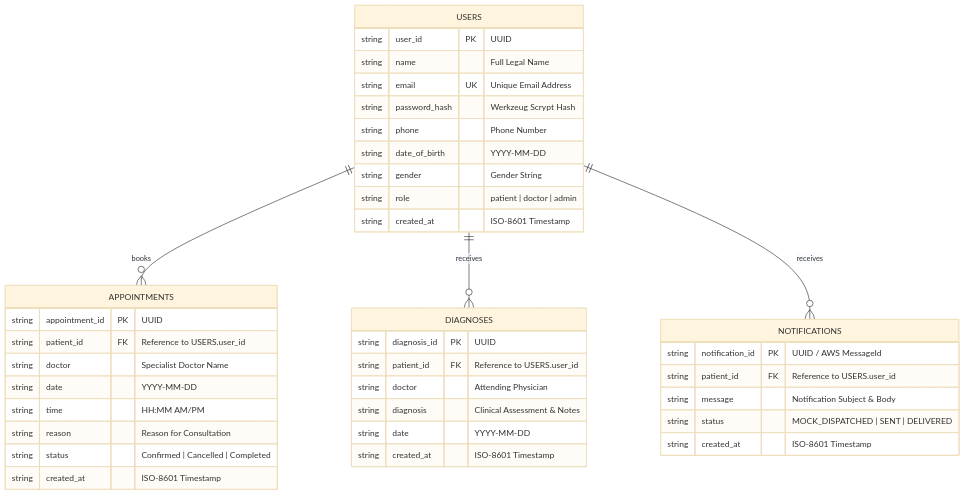
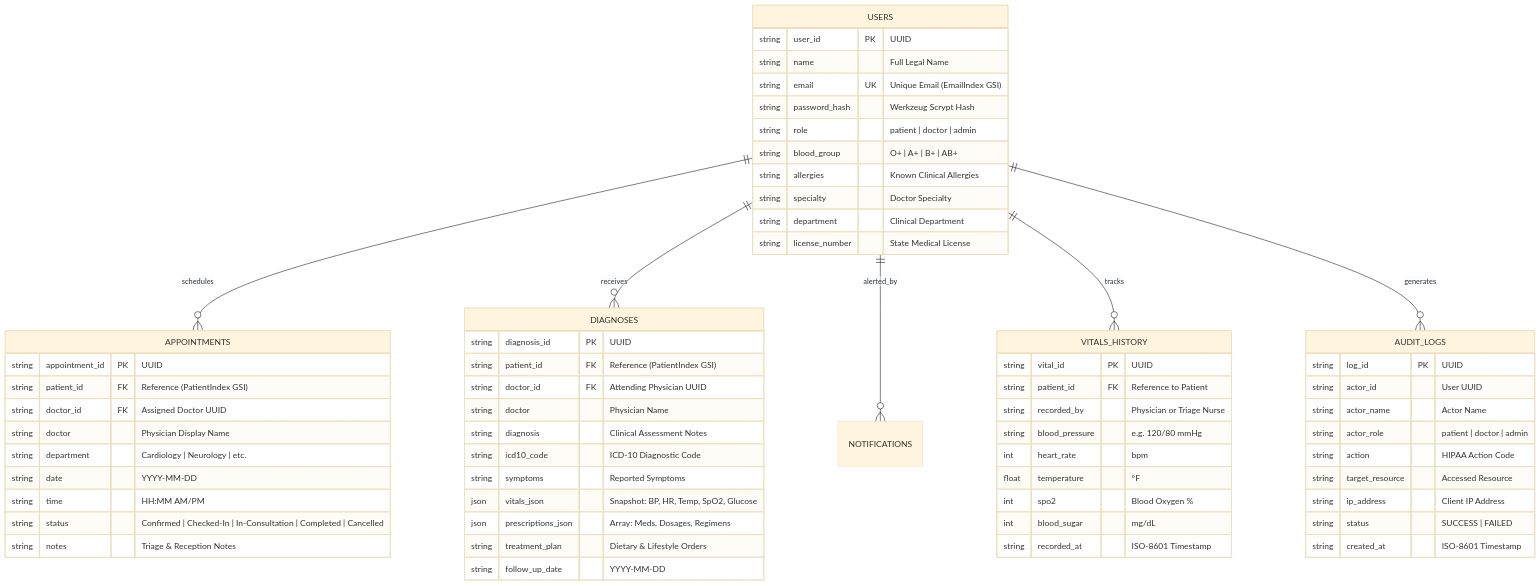
Before and after one commit to JohnsenAbraham/MedTrack: the second of 2 diagrams in README.md, drawn with Mermaid (base theme). The commit also changed other lines of this file and 26 other files, not shown here.

Commit message:
feat: redesign MedTrack as hospital-grade AWS healthcare platform with doctor queue, vitals, e-prescriptions, HIPAA audit trail, and IaC

````diff
--- a/README.md
+++ b/README.md
@@ -174,46 +127,71 @@
 ```mermaid
 erDiagram
-    USERS ||--o{ APPOINTMENTS : books
+    USERS ||--o{ APPOINTMENTS : schedules
     USERS ||--o{ DIAGNOSES : receives
-    USERS ||--o{ NOTIFICATIONS : receives
+    USERS ||--o{ NOTIFICATIONS : alerted_by
+    USERS ||--o{ VITALS_HISTORY : tracks
+    USERS ||--o{ AUDIT_LOGS : generates
 
     USERS {
         string user_id PK "UUID"
         string name "Full Legal Name"
-        string email UK "Unique Email Address"
+        string email UK "Unique Email (EmailIndex GSI)"
         string password_hash "Werkzeug Scrypt Hash"
-        string phone "Phone Number"
-        string date_of_birth "YYYY-MM-DD"
-        string gender "Gender String"
         string role "patient | doctor | admin"
-        string created_at "ISO-8601 Timestamp"
+        string blood_group "O+ | A+ | B+ | AB+"
+        string allergies "Known Clinical Allergies"
+        string specialty "Doctor Specialty"
+        string department "Clinical Department"
+        string license_number "State Medical License"
     }
 
     APPOINTMENTS {
         string appointment_id PK "UUID"
-        string patient_id FK "Reference to USERS.user_id"
-        string doctor "Specialist Doctor Name"
+        string patient_id FK "Reference (PatientIndex GSI)"
+        string doctor_id FK "Assigned Doctor UUID"
+        string doctor "Physician Display Name"
+        string department "Cardiology | Neurology | etc."
         string date "YYYY-MM-DD"
         string time "HH:MM AM/PM"
-        string reason "Reason for Consultation"
-        string status "Confirmed | Cancelled | Completed"
-        string created_at "ISO-8601 Timestamp"
+        string status "Confirmed | Checked-In | In-Consultation | Completed | Cancelled"
+        string notes "Triage & Reception Notes"
     }
 
     DIAGNOSES {
         string diagnosis_id PK "UUID"
-        string patient_id FK "Reference to USERS.user_id"
-        string doctor "Attending Physician"
-        string diagnosis "Clinical Assessment & Notes"
-        string date "YYYY-MM-DD"
-        string created_at "ISO-8601 Timestamp"
+        string patient_id FK "Reference (PatientIndex GSI)"
+        string doctor_id FK "Attending Physician UUID"
+        string doctor "Physician Name"
+        string diagnosis "Clinical Assessment Notes"
+        string icd10_code "ICD-10 Diagnostic Code"
+        string symptoms "Reported Symptoms"
+        json vitals_json "Snapshot: BP, HR, Temp, SpO2, Glucose"
+        json prescriptions_json "Array: Meds, Dosages, Regimens"
+        string treatment_plan "Dietary & Lifestyle Orders"
+        string follow_up_date "YYYY-MM-DD"
     }
 
-    NOTIFICATIONS {
-        string notification_id PK "UUID / AWS MessageId"
-        string patient_id FK "Reference to USERS.user_id"
-        string message "Notification Subject & Body"
-        string status "MOCK_DISPATCHED | SENT | DELIVERED"
+    VITALS_HISTORY {
+        string vital_id PK "UUID"
+        string patient_id FK "Reference to Patient"
+        string recorded_by "Physician or Triage Nurse"
+        string blood_pressure "e.g. 120/80 mmHg"
+        int heart_rate "bpm"
+        float temperature "°F"
+        int spo2 "Blood Oxygen %"
+        int blood_sugar "mg/dL"
+        string recorded_at "ISO-8601 Timestamp"
+    }
+
+    AUDIT_LOGS {
+        string log_id PK "UUID"
+        string actor_id "User UUID"
+        string actor_name "Actor Name"
+        string actor_role "patient | doctor | admin"
+        string action "HIPAA Action Code"
+        string target_resource "Accessed Resource"
+        string ip_address "Client IP Address"
+        string status "SUCCESS | FAILED"
         string created_at "ISO-8601 Timestamp"
     }
 ```
````
